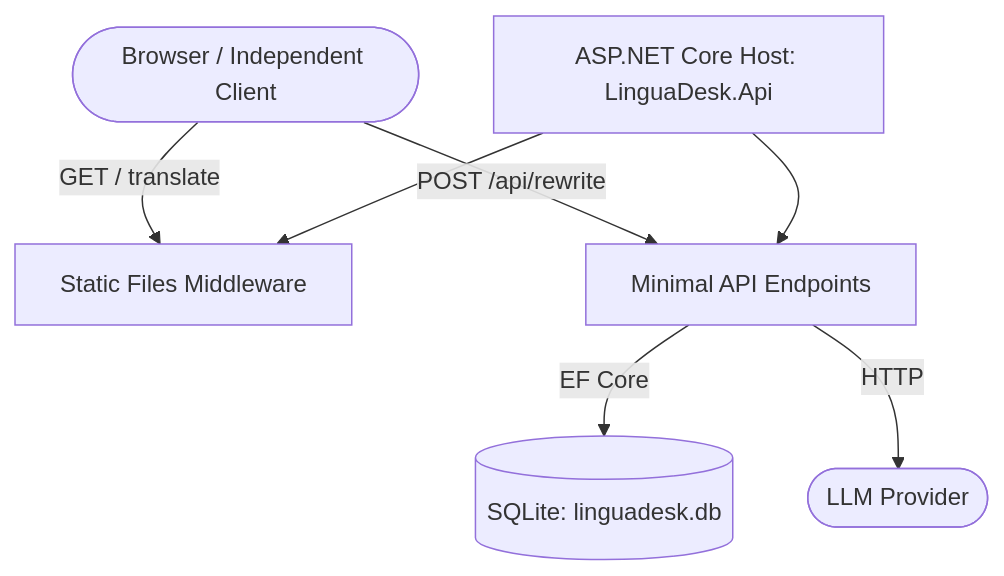
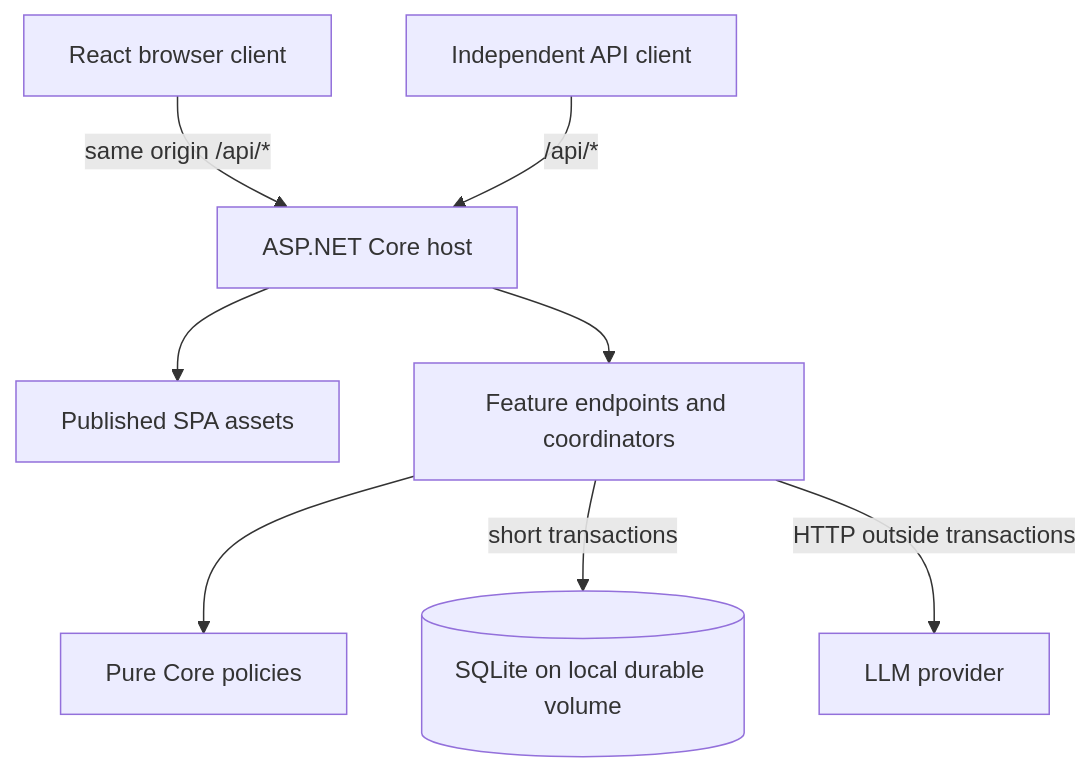
Before and after one commit to Mental-NV/LinguaDesk: the diagram in docs/03-architecture.md, drawn with Mermaid. The commit also changed other lines of this file and 3 other files, not shown here.

Commit message:
Revieved architecture spec

````diff
--- a/docs/03-architecture.md
+++ b/docs/03-architecture.md
@@ -41,16 +36,10 @@
 ```mermaid
 flowchart TD
-    User([Browser / Independent Client])
-    Host[ASP.NET Core Host: LinguaDesk.Api]
-    Static[Static Files Middleware]
-    API[Minimal API Endpoints]
-    DB[(SQLite: linguadesk.db)]
-    LLM([LLM Provider])
-
-    User -->|GET / translate| Static
-    User -->|POST /api/rewrite| API
-    Host --> Static
-    Host --> API
-    API -->|EF Core| DB
-    API -->|HTTP| LLM
+    Browser[React browser client] -->|same origin /api/*| Host[ASP.NET Core host]
+    Client[Independent API client] -->|/api/*| Host
+    Host --> Static[Published SPA assets]
+    Host --> Features[Feature endpoints and coordinators]
+    Features --> Policy[Pure Core policies]
+    Features -->|short transactions| DB[(SQLite on local durable volume)]
+    Features -->|HTTP outside transactions| Provider[LLM provider]
 ```
````
